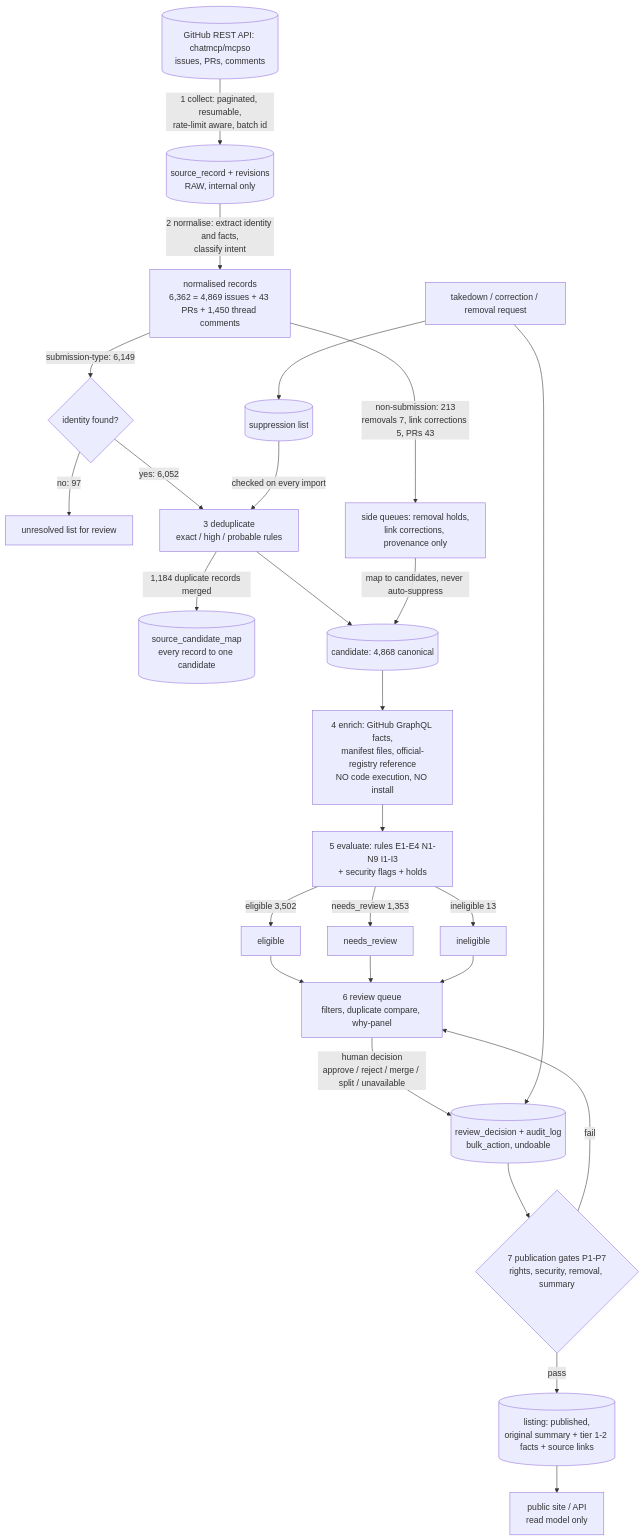
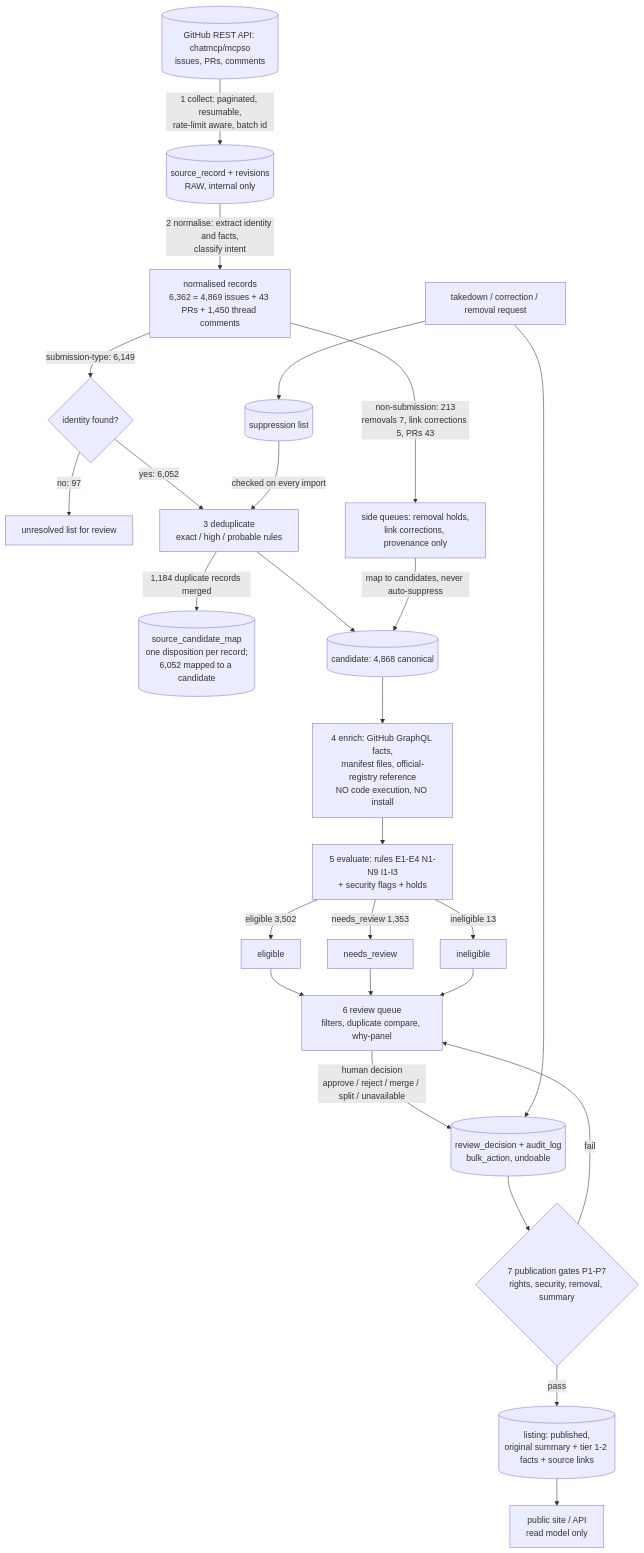
One commit to radumalica/mcpso changed the diagram in reports/import-data-flow.md. Above: the diagram before and after it, drawn with Mermaid. The commit also changed other lines of this file and 11 other files, not shown here.

Commit message:
fix: per-record disposition mapping, exact/probable duplicates and rejection reasons in reconciliation, source-data limits

````diff
--- a/reports/import-data-flow.md
+++ b/reports/import-data-flow.md
@@ -7,28 +7,28 @@
 ```mermaid
 flowchart TD
   GH[(GitHub REST API: chatmcp/mcpso<br/>issues, PRs, comments)] -->|1 collect: paginated, resumable,<br/>rate-limit aware, batch id| RAW[(source_record + revisions<br/>RAW, internal only)]
   RAW -->|2 normalise: extract identity and facts,<br/>classify intent| NORM[normalised records<br/>6,362 = 4,869 issues + 43 PRs + 1,450 thread comments]
   NORM -->|submission-type: 6,149| ID{identity found?}
   ID -- no: 97 --> UNK[unresolved list for review]
   ID -- yes: 6,052 --> DEDUP[3 deduplicate<br/>exact / high / probable rules]
-  DEDUP -->|1,184 duplicate records merged| MAP[(source_candidate_map<br/>every record to one candidate)]
+  DEDUP -->|1,184 duplicate records merged| MAP[(source_candidate_map<br/>one disposition per record;<br/>6,052 mapped to a candidate)]
   DEDUP --> CAND[(candidate: 4,868 canonical)]
   NORM -->|non-submission: 213<br/>removals 7, link corrections 5, PRs 43| SIDE[side queues: removal holds,<br/>link corrections, provenance only]
   SIDE -->|map to candidates, never auto-suppress| CAND
   CAND --> ENR[4 enrich: GitHub GraphQL facts,<br/>manifest files, official-registry reference<br/>NO code execution, NO install]
   ENR --> EVAL[5 evaluate: rules E1-E4 N1-N9 I1-I3<br/>+ security flags + holds]
   EVAL -->|eligible 3,502| ELIG[eligible]
   EVAL -->|needs_review 1,353| REV[needs_review]
   EVAL -->|ineligible 13| INEL[ineligible]
   ELIG --> Q[6 review queue<br/>filters, duplicate compare, why-panel]
   REV --> Q
   INEL --> Q
   Q -->|human decision<br/>approve / reject / merge / split / unavailable| DEC[(review_decision + audit_log<br/>bulk_action, undoable)]
   DEC --> GATE{7 publication gates P1-P7<br/>rights, security, removal, summary}
   GATE -- pass --> LIST[(listing: published,<br/>original summary + tier 1-2 facts + source links)]
   GATE -- fail --> Q
   TD[takedown / correction / removal request] --> SUP[(suppression list)]
   SUP -->|checked on every import| DEDUP
   TD --> DEC
   LIST --> PUB[public site / API<br/>read model only]
 ```
````
